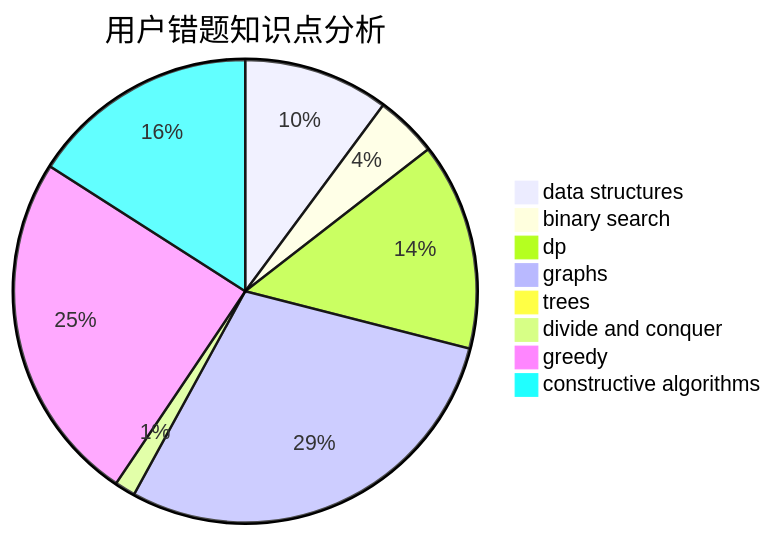
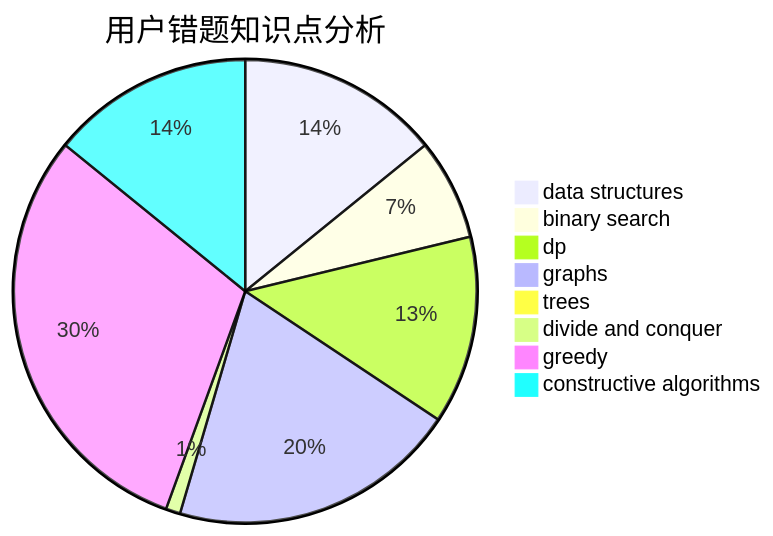
The third of 3 diagrams in docs/user/u727.md (sherpahu/cfrs.github.io), drawn with Mermaid before and after one commit. The commit also changed other lines of this file and 2770 other files, not shown here.

````diff
--- a/docs/user/u727.md
+++ b/docs/user/u727.md
@@ -36,11 +36,11 @@
 ```mermaid
 pie title 用户错题知识点分析
-    "data structures" :  7
-    "binary search" :  3
-    "dp" :  10
+    "data structures" :  14
+    "binary search" :  7
+    "dp" :  13
     "graphs" :  20
     "trees" :  0
     "divide and conquer" :  1
-    "greedy" :  17
-    "constructive algorithms" :  11
+    "greedy" :  30
+    "constructive algorithms" :  14
 ```
````
